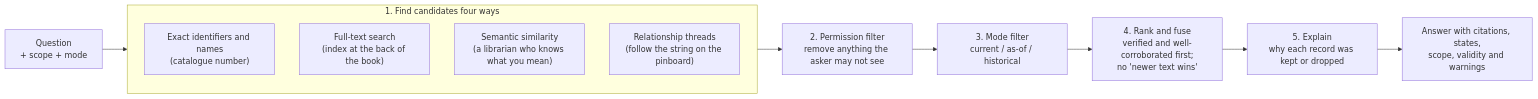
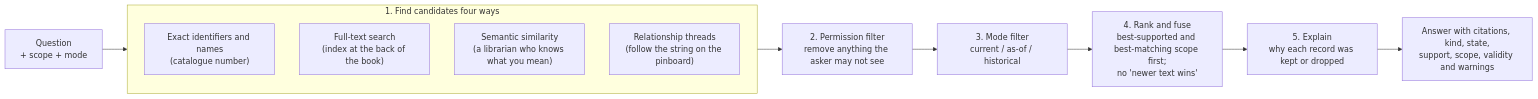
One commit to rztaylor/Froodbase changed the seventh of 9 diagrams in docs/planning/05-how-froodbase-works.md. Above: the diagram before and after it, drawn with Mermaid. The commit also changed other lines of this file and 14 other files, not shown here.

````diff
--- a/docs/planning/05-how-froodbase-works.md
+++ b/docs/planning/05-how-froodbase-works.md
@@ -260,18 +269,18 @@
 ```mermaid
 flowchart LR
     Q["Question<br/>+ scope + mode"] --> CH
 
     subgraph CH["1. Find candidates four ways"]
         direction TB
         ID["Exact identifiers and names<br/>(catalogue number)"]
         FT["Full-text search<br/>(index at the back of the book)"]
         VS["Semantic similarity<br/>(a librarian who knows what you mean)"]
         GR["Relationship threads<br/>(follow the string on the pinboard)"]
     end
 
     CH --> P["2. Permission filter<br/>remove anything the asker may not see"]
     P --> M["3. Mode filter<br/>current / as-of / historical"]
-    M --> R["4. Rank and fuse<br/>verified and well-corroborated first;<br/>no 'newer text wins'"]
+    M --> R["4. Rank and fuse<br/>best-supported and best-matching scope first;<br/>no 'newer text wins'"]
     R --> X["5. Explain<br/>why each record was kept or dropped"]
-    X --> A["Answer with citations, states,<br/>scope, validity and warnings"]
+    X --> A["Answer with citations, kind, state,<br/>support, scope, validity and warnings"]
 ```
````
